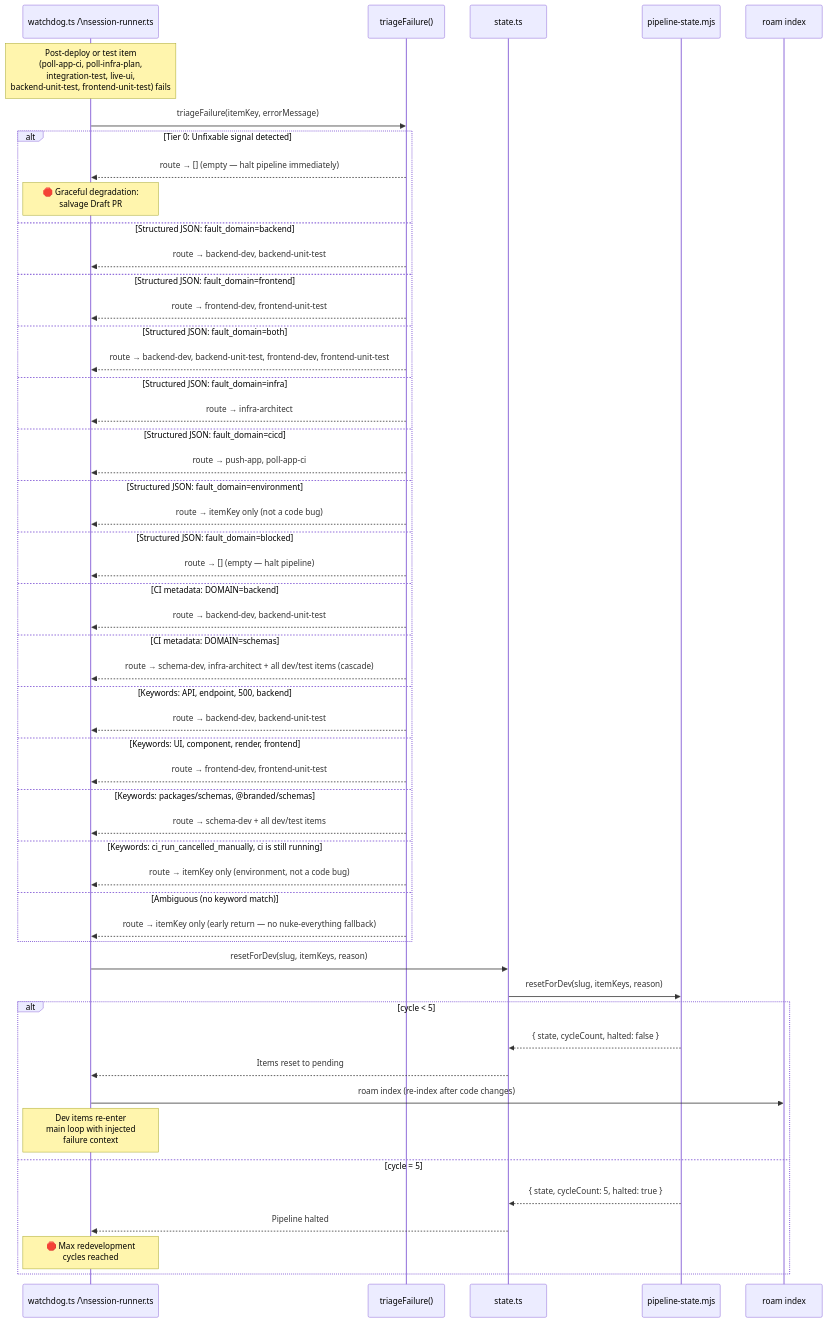
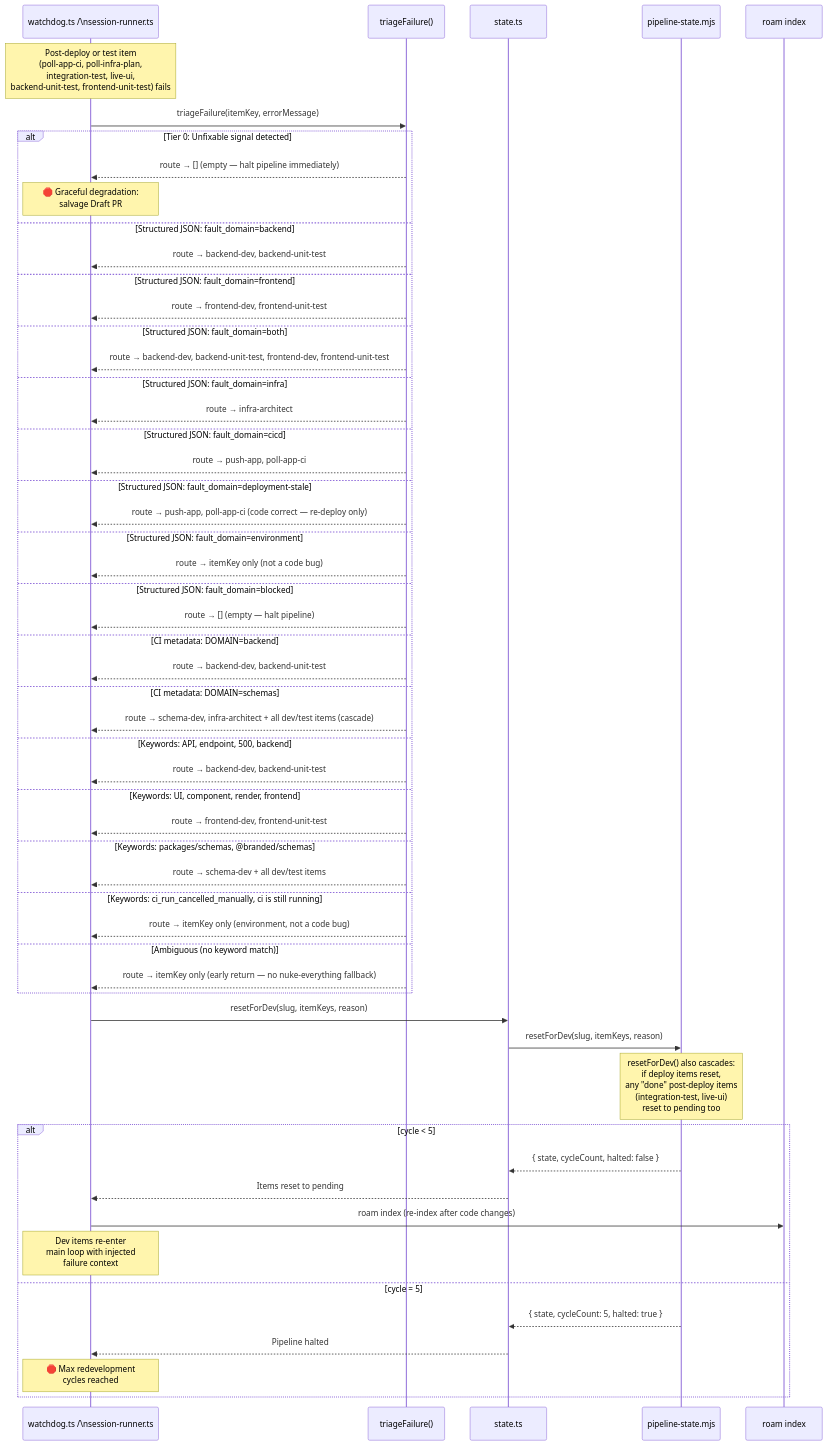
The fourth of 7 diagrams in tools/autonomous-factory/docs/04-state-machine.md (RomanKaliupinMelonusa/DAGent-t), drawn with Mermaid before and after one commit. The commit also changed other lines of this file and 20 other files, not shown here.

First line of the commit message:
Add 'deployment-stale' triage and pre-deploy checks

````diff
--- a/tools/autonomous-factory/docs/04-state-machine.md
+++ b/tools/autonomous-factory/docs/04-state-machine.md
@@ -201,59 +201,63 @@
 ```mermaid
 sequenceDiagram
     participant W as watchdog.ts /\nsession-runner.ts
     participant TF as triageFailure()
     participant S as state.ts
     participant PS as pipeline-state.mjs
     participant R as roam index
 
     Note over W: Post-deploy or test item<br/>(poll-app-ci, poll-infra-plan,<br/>integration-test, live-ui,<br/>backend-unit-test, frontend-unit-test) fails
 
     W->>TF: triageFailure(itemKey, errorMessage)
 
     alt Tier 0: Unfixable signal detected
         TF-->>W: route → [] (empty — halt pipeline immediately)
         Note over W: 🛑 Graceful degradation:<br/>salvage Draft PR
     else Structured JSON: fault_domain=backend
         TF-->>W: route → backend-dev, backend-unit-test
     else Structured JSON: fault_domain=frontend
         TF-->>W: route → frontend-dev, frontend-unit-test
     else Structured JSON: fault_domain=both
         TF-->>W: route → backend-dev, backend-unit-test, frontend-dev, frontend-unit-test
     else Structured JSON: fault_domain=infra
         TF-->>W: route → infra-architect
     else Structured JSON: fault_domain=cicd
         TF-->>W: route → push-app, poll-app-ci
+    else Structured JSON: fault_domain=deployment-stale
+        TF-->>W: route → push-app, poll-app-ci (code correct — re-deploy only)
     else Structured JSON: fault_domain=environment
         TF-->>W: route → itemKey only (not a code bug)
     else Structured JSON: fault_domain=blocked
         TF-->>W: route → [] (empty — halt pipeline)
     else CI metadata: DOMAIN=backend
         TF-->>W: route → backend-dev, backend-unit-test
     else CI metadata: DOMAIN=schemas
         TF-->>W: route → schema-dev, infra-architect + all dev/test items (cascade)
     else Keywords: API, endpoint, 500, backend
         TF-->>W: route → backend-dev, backend-unit-test
     else Keywords: UI, component, render, frontend
         TF-->>W: route → frontend-dev, frontend-unit-test
     else Keywords: packages/schemas, @branded/schemas
         TF-->>W: route → schema-dev + all dev/test items
     else Keywords: ci_run_cancelled_manually, ci is still running
         TF-->>W: route → itemKey only (environment, not a code bug)
     else Ambiguous (no keyword match)
         TF-->>W: route → itemKey only (early return — no nuke-everything fallback)
     end
 
     W->>S: resetForDev(slug, itemKeys, reason)
     S->>PS: resetForDev(slug, itemKeys, reason)
 
+    Note over PS: resetForDev() also cascades:<br/>if deploy items reset,<br/>any "done" post-deploy items<br/>(integration-test, live-ui)<br/>reset to pending too
+
     alt cycle < 5
         PS-->>S: { state, cycleCount, halted: false }
         S-->>W: Items reset to pending
         W->>R: roam index (re-index after code changes)
         Note over W: Dev items re-enter<br/>main loop with injected<br/>failure context
     else cycle = 5
         PS-->>S: { state, cycleCount: 5, halted: true }
         S-->>W: Pipeline halted
         Note over W: 🛑 Max redevelopment<br/>cycles reached
     end
 ```
````
